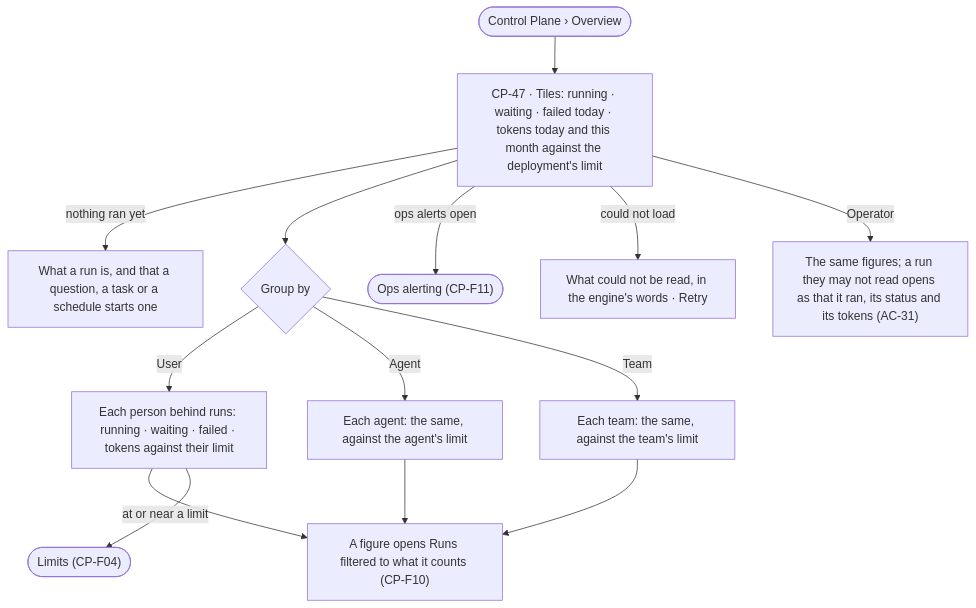
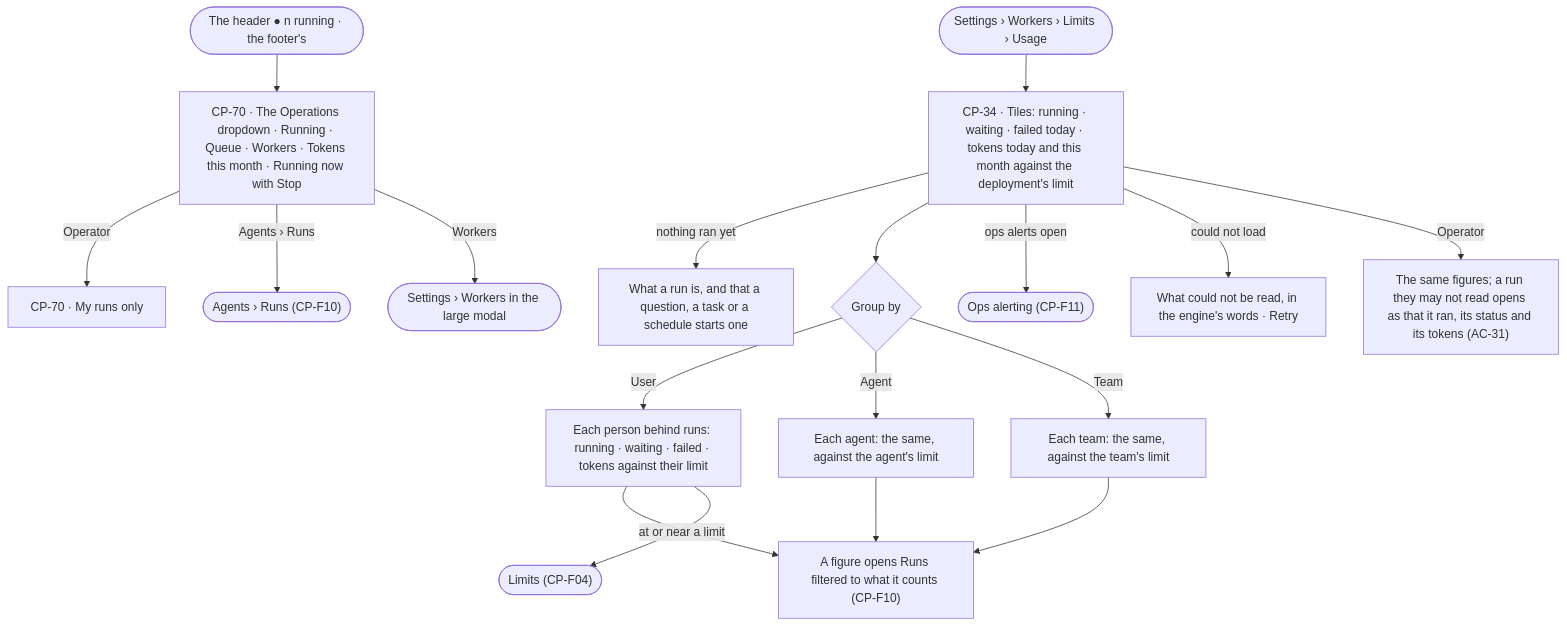
Before and after one commit to invana/invana: the diagram in specs/os/control/features/CP-F09-overview/feature.md, drawn with Mermaid. The commit also changed other lines of this file and 456 other files, not shown here.

````diff
--- a/specs/os/control/features/CP-F09-overview/feature.md
+++ b/specs/os/control/features/CP-F09-overview/feature.md
@@ -24,16 +26,20 @@
 ```mermaid
 flowchart TD
-  s([Control Plane › Overview]) --> o["CP-47 · Tiles: running · waiting · failed today · tokens today and this month against the deployment's limit"]
+  h([The header ● n running · the footer's]) --> od["CP-70 · The Operations dropdown · Running · Queue · Workers · Tokens this month · Running now with Stop"]
+  od -->|Operator| odo["CP-70 · My runs only"]
+  od -->|Agents › Runs| runs(["Agents › Runs (CP-F10)"])
+  od -->|Workers| set(["Settings › Workers in the large modal"])
+  s([Settings › Workers › Limits › Usage]) --> o["CP-34 · Tiles: running · waiting · failed today · tokens today and this month against the deployment's limit"]
   o -->|nothing ran yet| e["What a run is, and that a question, a task or a schedule starts one"]
   o --> g{"Group by"}
   g -->|User| u["Each person behind runs: running · waiting · failed · tokens against their limit"]
   g -->|Agent| a["Each agent: the same, against the agent's limit"]
   g -->|Team| t["Each team: the same, against the team's limit"]
   u --> f["A figure opens Runs filtered to what it counts (CP-F10)"]
   a --> f
   t --> f
   o -->|ops alerts open| al(["Ops alerting (CP-F11)"])
   u -->|at or near a limit| lim(["Limits (CP-F04)"])
   o -->|could not load| fl["What could not be read, in the engine's words · Retry"]
   o -->|Operator| op["The same figures; a run they may not read opens as that it ran, its status and its tokens (AC-31)"]
 ```
````
